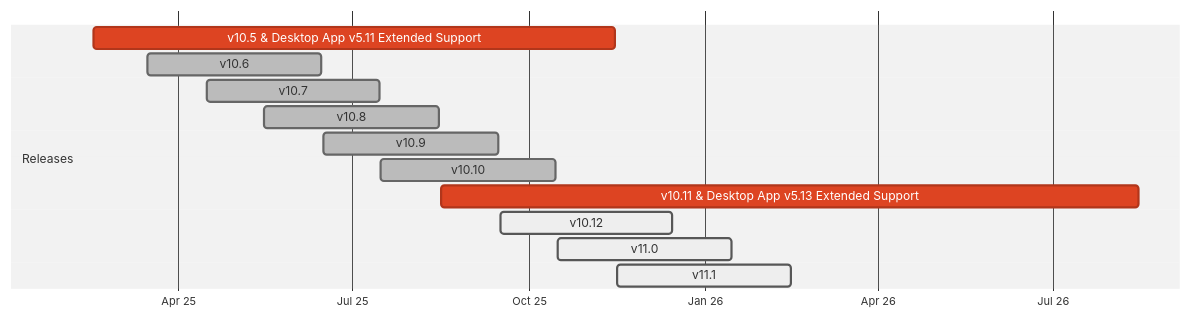
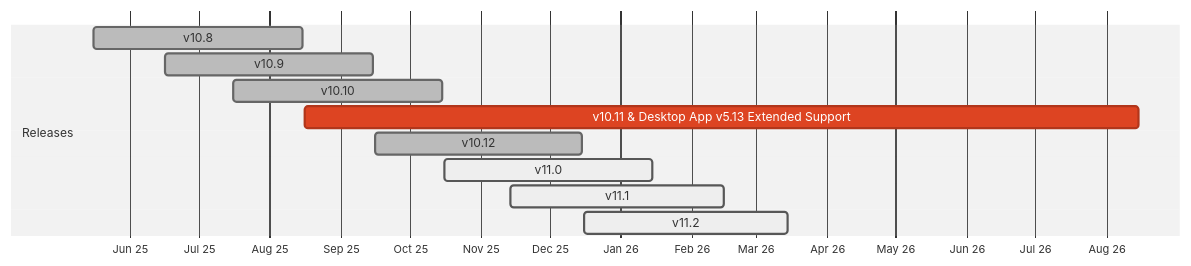
Before and after one commit to mattermost/docs: the diagram in source/product-overview/release-policy.md, drawn with Mermaid (neutral theme).

````diff
--- a/source/product-overview/release-policy.md
+++ b/source/product-overview/release-policy.md
@@ -44,18 +44,16 @@
 ```{mermaid}
 
 gantt
     dateFormat  YYYY-MM-DD
     axisFormat  %b %y
 
     section Releases
-    v10.5 & Desktop App v5.11 Extended Support :crit,    2025-02-16, 2025-11-15
-    v10.6                  :done, 2025-03-16, 2025-06-15
-    v10.7                  :done, 2025-04-16, 2025-07-15
     v10.8                  :done, 2025-05-16, 2025-08-15
     v10.9                  :done, 2025-06-16, 2025-09-15
     v10.10                 :done, 2025-07-16, 2025-10-15
     v10.11 & Desktop App v5.13 Extended Support :crit,    2025-08-16, 2026-08-15
-    v10.12                 :active, 2025-09-16, 2025-12-15
+    v10.12                 :done, 2025-09-16, 2025-12-15
     v11.0                  :active, 2025-10-16, 2026-01-15
-    v11.1                  :active, 2025-11-16, 2026-02-15
+    v11.1                  :active, 2025-11-14, 2026-02-15
+    v11.2                  :active, 2025-12-16, 2026-03-15
 ```
````
